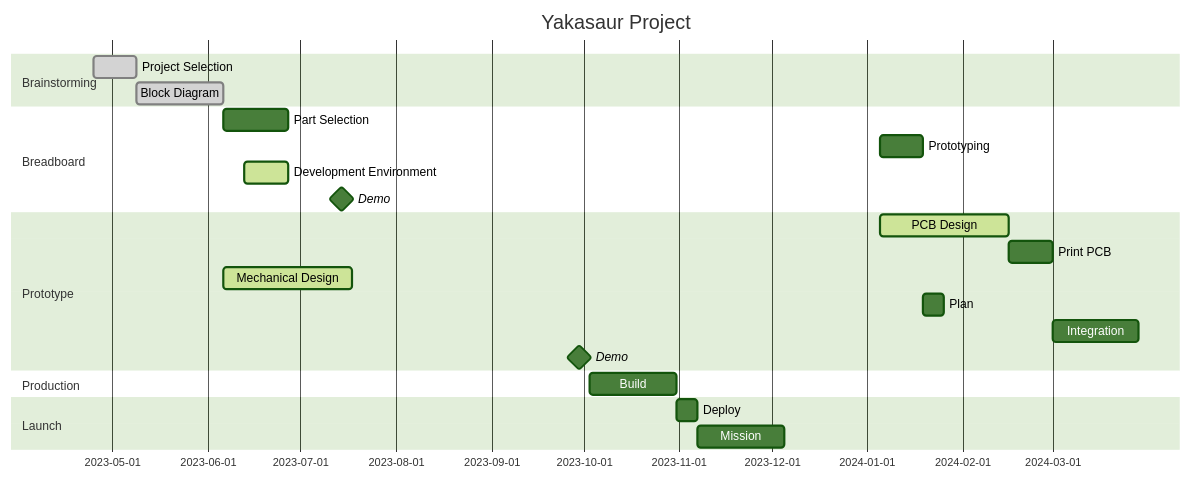
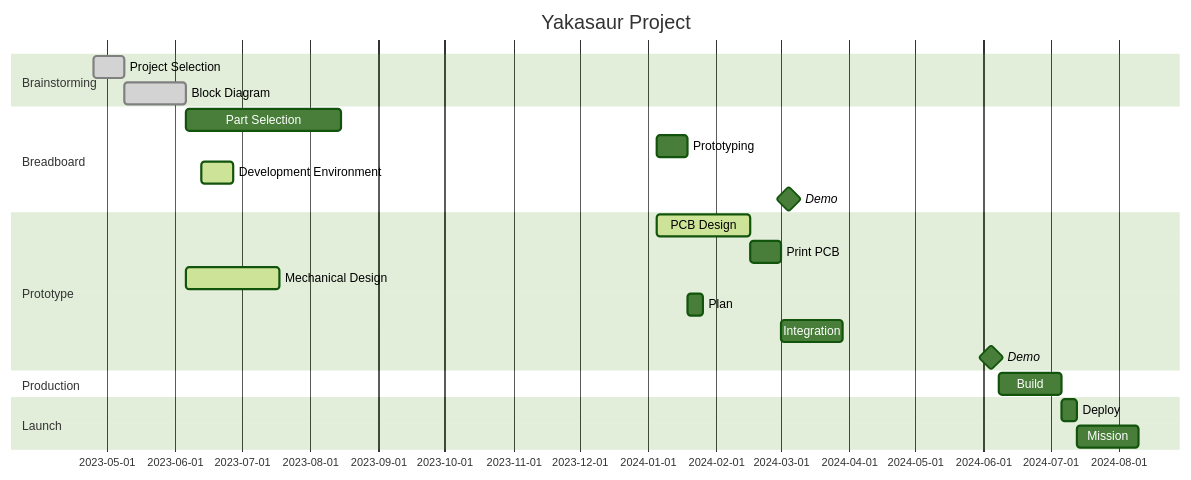
The diagram in README.md (YakRoboticsGarage/yakasaur), drawn with Mermaid (forest theme) before and after one commit.

Commit message:
bump out chart dates (arbitrarily)

````diff
--- a/README.md
+++ b/README.md
@@ -53,34 +53,34 @@
 ```mermaid
 gantt
     dateFormat YYYY-MM-DD
     title Yakasaur Project
 
     section Brainstorming
     Project Selection :done, select, 2023-04-25, 2023-05-09
     Block Diagram :done, block, 2023-05-09, 2023-06-06
 
     section Breadboard
-    Part Selection :active parts, after block, 3w
+    Part Selection :active parts, after block, 10w
     Prototyping : proto, after parts, 2w
     Development Environment :active, 2023-06-13, 2w
-    Demo : milestone, breadboard_demo, 2023-07-11, 1w
+    Demo : milestone, breadboard_demo, 2024-03-01, 1w
 
     section Prototype
     PCB Design :active, pcb, after parts, 6w
     Print PCB : print_pcb, after pcb, 2w
     Mechanical Design :active, mech, after block, 6w
     Plan : plan, after proto, 1w
     Integration : build, after print_pcb, 4w
-    Demo : milestone, prototype_demo, 2023-09-26, 1w
+    Demo : milestone, prototype_demo, 2024-06-01, 1w
 
     section Production
     Build : prod_build, after prototype_demo, 4w
 
     section Launch
     Deploy : deploy, after prod_build, 1w
     Mission : mission, after deploy, 4w
 
 
 
 
 ```
````
